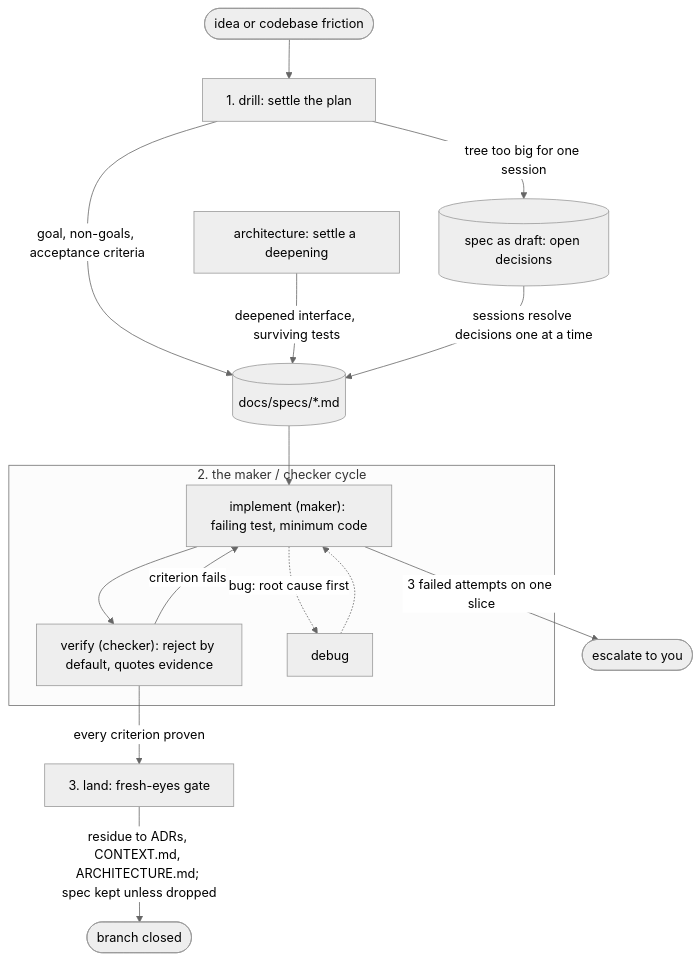
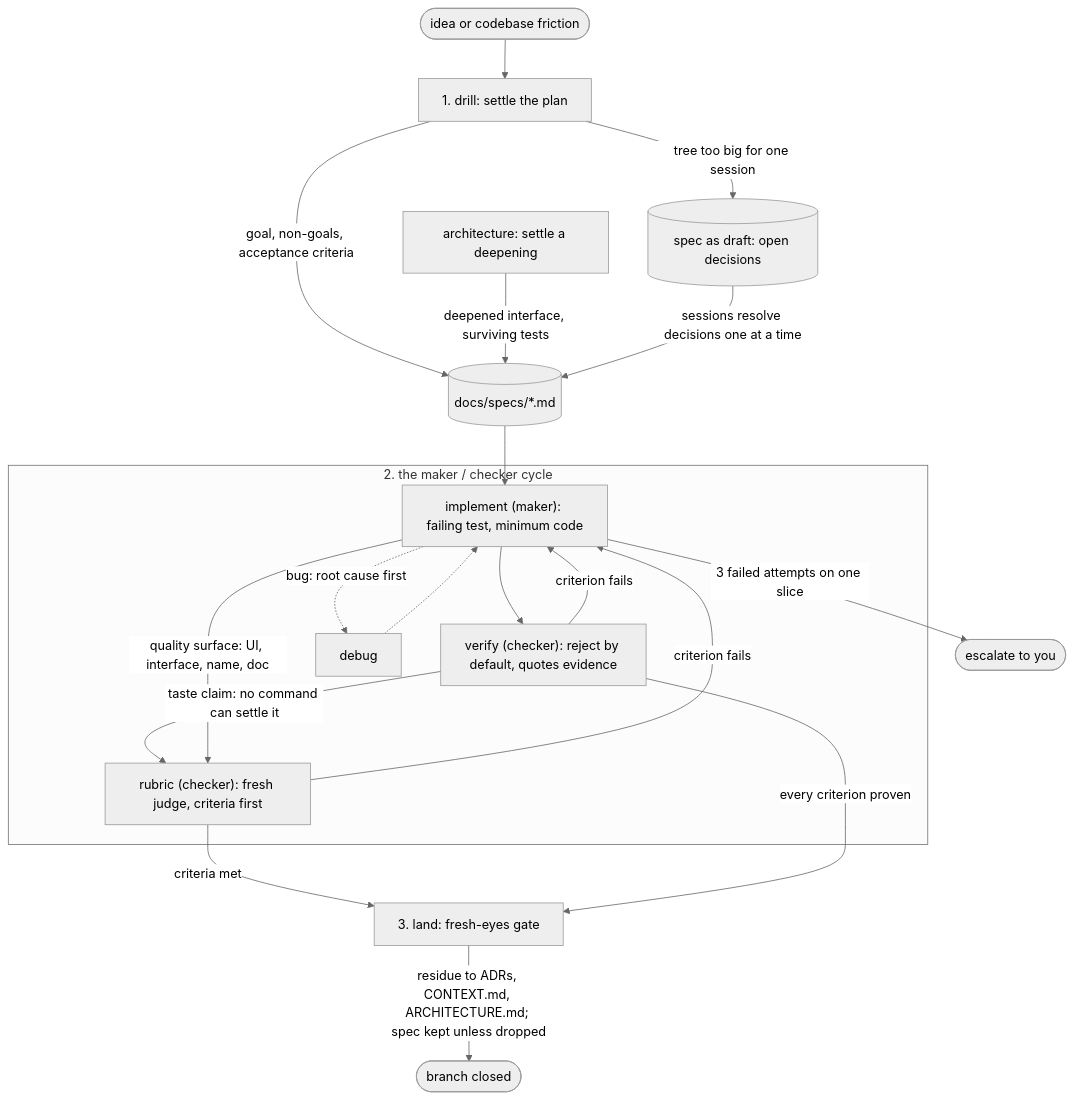
The diagram in README.md (pwguler/skills), drawn with Mermaid (neutral theme) before and after one commit. The commit also changed other lines of this file and 6 other files, not shown here.

Commit message:
rubric: wire callers so the taste gate fires; verify sorts claims, implement and land name it, specs can name it as judge

````diff
--- a/README.md
+++ b/README.md
@@ -53,20 +53,24 @@
 ```mermaid
 flowchart TD
     idea([idea or codebase friction]) --> drill["1. drill: settle the plan"]
     drill -- "goal, non-goals, acceptance criteria" --> spec[("docs/specs/*.md")]
     arch["architecture: settle a deepening"] -- "deepened interface, surviving tests" --> spec
     drill -- "tree too big for one session" --> draft[("spec as draft: open decisions")]
     draft -- "sessions resolve decisions one at a time" --> spec
     spec --> impl
 
     subgraph cycle["2. the maker / checker cycle"]
         impl["implement (maker): failing test, minimum code"] --> verify["verify (checker): reject by default, quotes evidence"]
         verify -- "criterion fails" --> impl
         impl -. "bug: root cause first" .-> debug
         debug -.-> impl
+        rub["rubric (checker): fresh judge, criteria first"] -- "criterion fails" --> impl
     end
 
+    verify -- "taste claim: no command can settle it" --> rub
+    impl -- "quality surface: UI, interface, name, doc" --> rub
+    rub -- "criteria met" --> land
     verify -- "every criterion proven" --> land["3. land: fresh-eyes gate"]
     impl -- "3 failed attempts on one slice" --> you(["escalate to you"])
     land -- "residue to ADRs, CONTEXT.md, ARCHITECTURE.md; spec kept unless dropped" --> done([branch closed])
 ```
````
